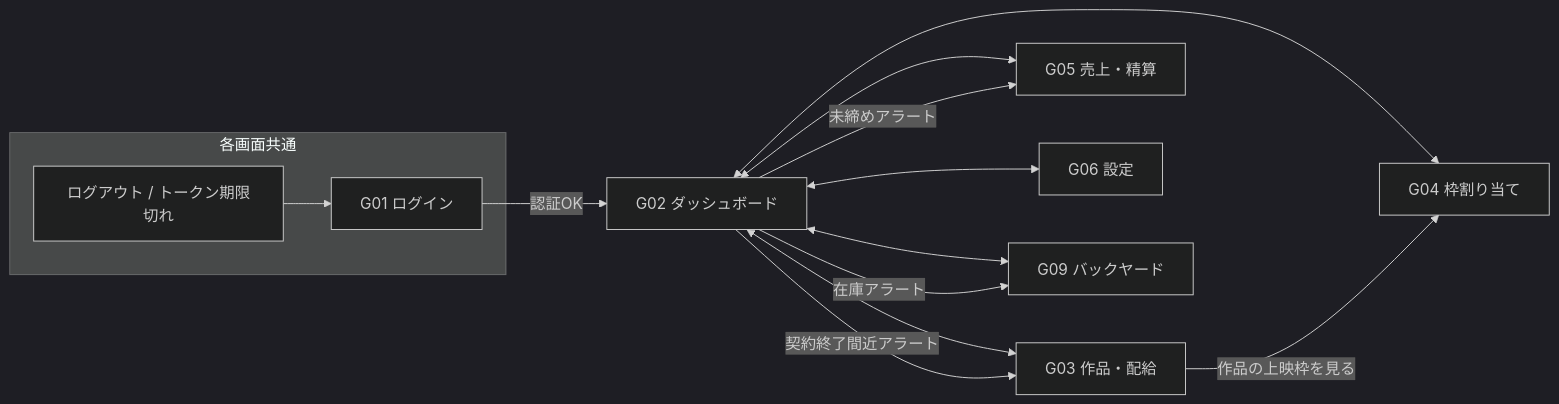
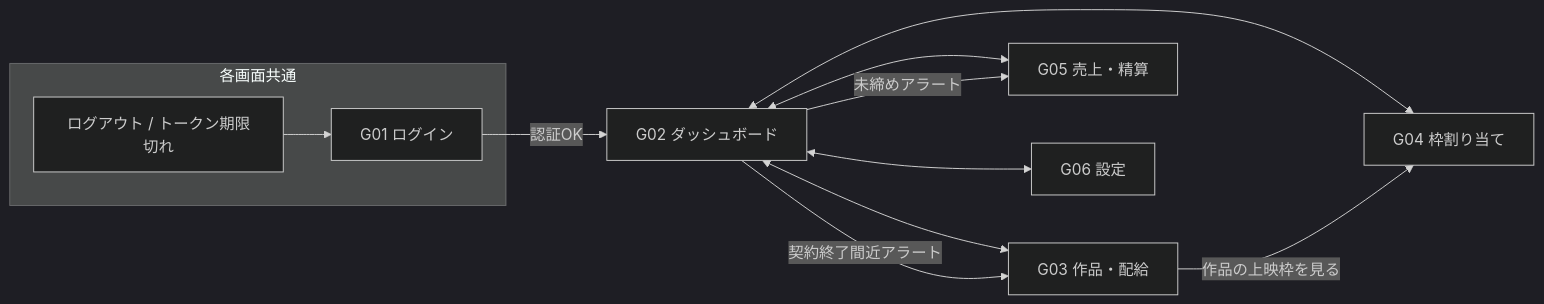
Before and after one commit to miyaarekkusu/halcinema: the diagram in docs/admin/03_screen-design.md, drawn with Mermaid (dark theme). The commit also changed other lines of this file and 17 other files, not shown here.

````diff
--- a/docs/admin/03_screen-design.md
+++ b/docs/admin/03_screen-design.md
@@ -12,16 +12,14 @@
 ```mermaid
 flowchart LR
   G01[G01 ログイン] -->|認証OK| G02[G02 ダッシュボード]
   G02 <--> G03[G03 作品・配給]
   G02 <--> G04[G04 枠割り当て]
   G02 <--> G05[G05 売上・精算]
   G02 <--> G06[G06 設定]
-  G02 <--> G09[G09 バックヤード]
-  G02 -->|在庫アラート| G09
   G02 -->|未締めアラート| G05
   G02 -->|契約終了間近アラート| G03
   G03 -->|作品の上映枠を見る| G04
   subgraph 各画面共通
     X[ログアウト / トークン期限切れ] --> G01
   end
 ```
````
